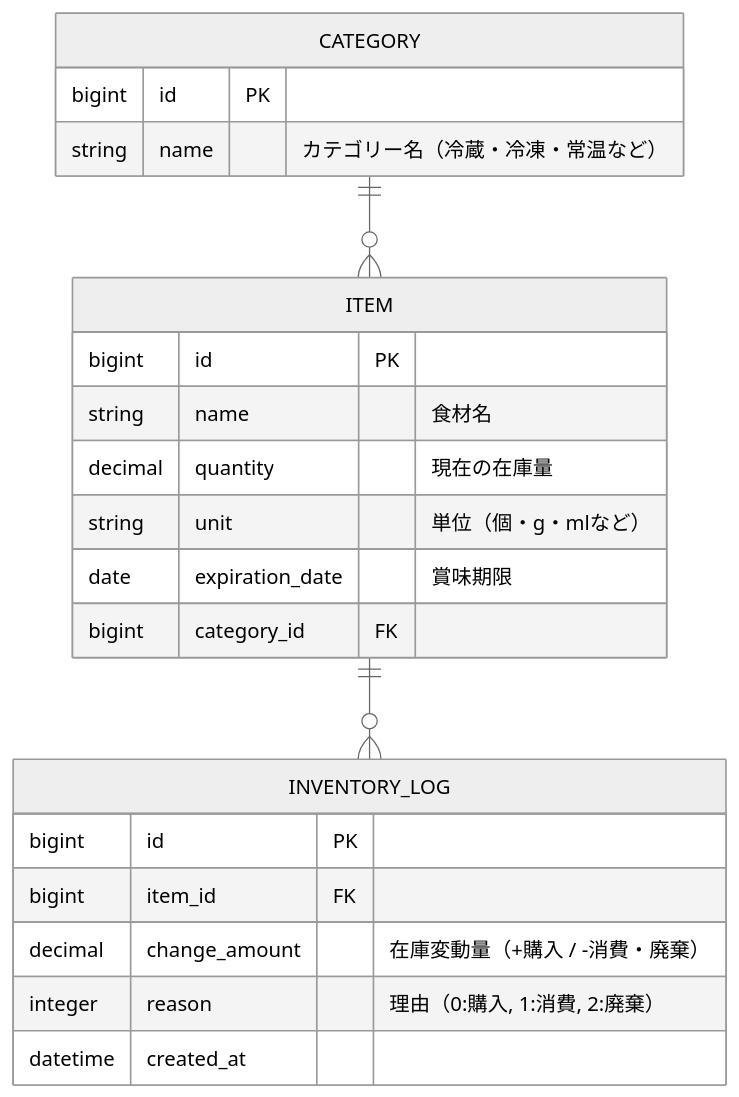
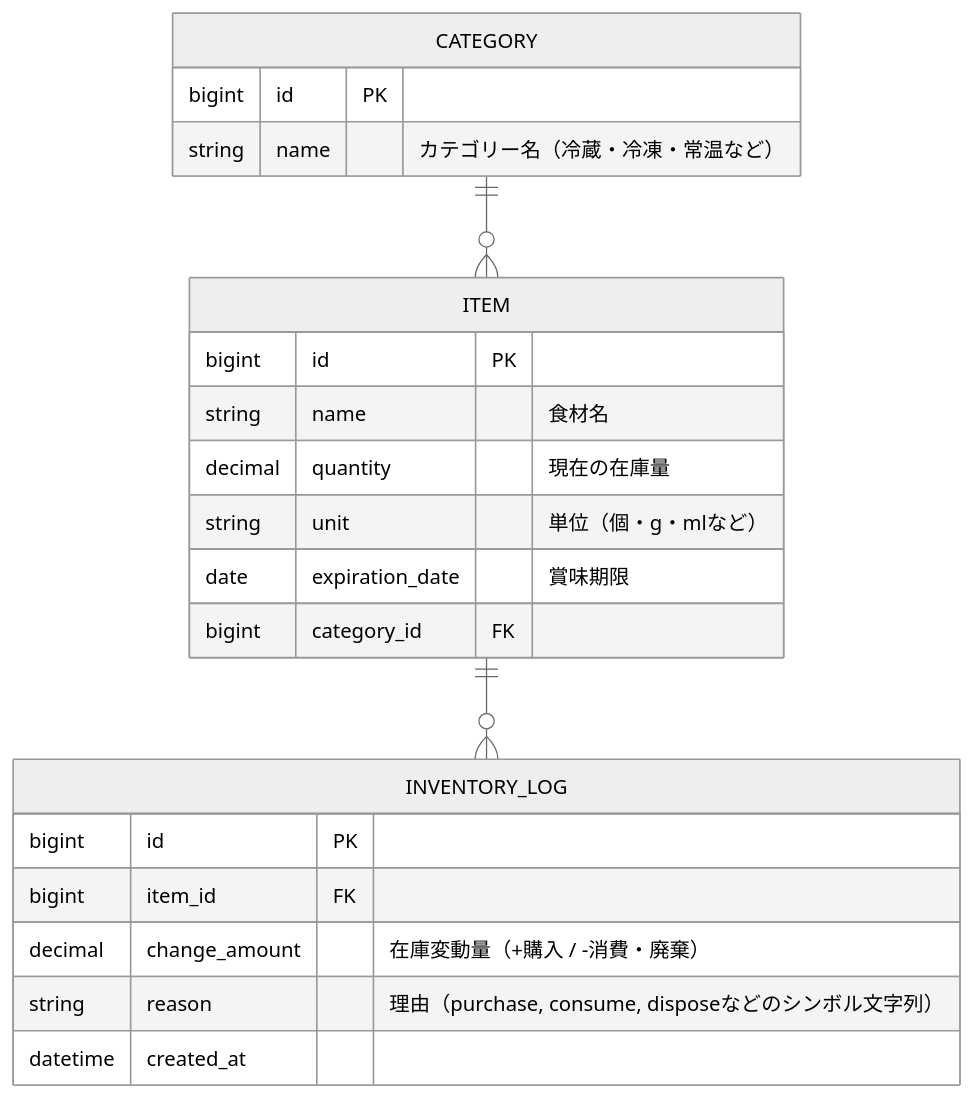
The diagram in doc/manage_pantry_documentation.md (sota-6741/manage_pantry), drawn with Mermaid (neutral theme) before and after one commit. The commit also changed other lines of this file, not shown here.

Commit message:
docs: Update documentation for InventoryReasonDelta and ChangeStockUsecase

````diff
--- a/doc/manage_pantry_documentation.md
+++ b/doc/manage_pantry_documentation.md
@@ -18,27 +18,27 @@
 ```mermaid
 erDiagram
     CATEGORY ||--o{ ITEM :""
     ITEM ||--o{ INVENTORY_LOG :""
 
     CATEGORY {
         bigint id PK
         string name "カテゴリー名（冷蔵・冷凍・常温など）"
     }
 
     ITEM {
         bigint id PK
         string name "食材名"
         decimal quantity "現在の在庫量"
         string unit "単位（個・g・mlなど）"
         date expiration_date "賞味期限"
         bigint category_id FK
     }
 
     INVENTORY_LOG {
         bigint id PK
         bigint item_id FK
         decimal change_amount "在庫変動量（+購入 / -消費・廃棄）"
-        integer reason "理由（0:購入, 1:消費, 2:廃棄）"
+        string reason "理由（purchase, consume, disposeなどのシンボル文字列）"
         datetime created_at
     }
 ```
````
